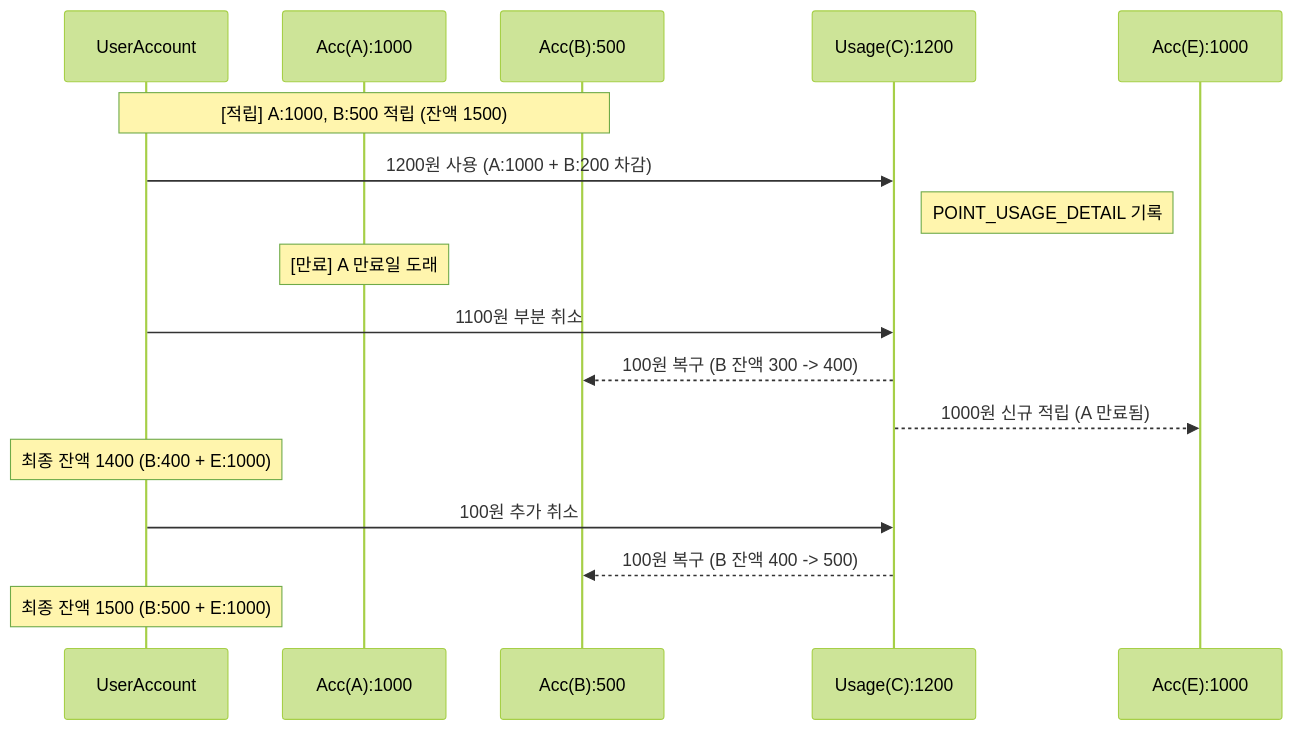
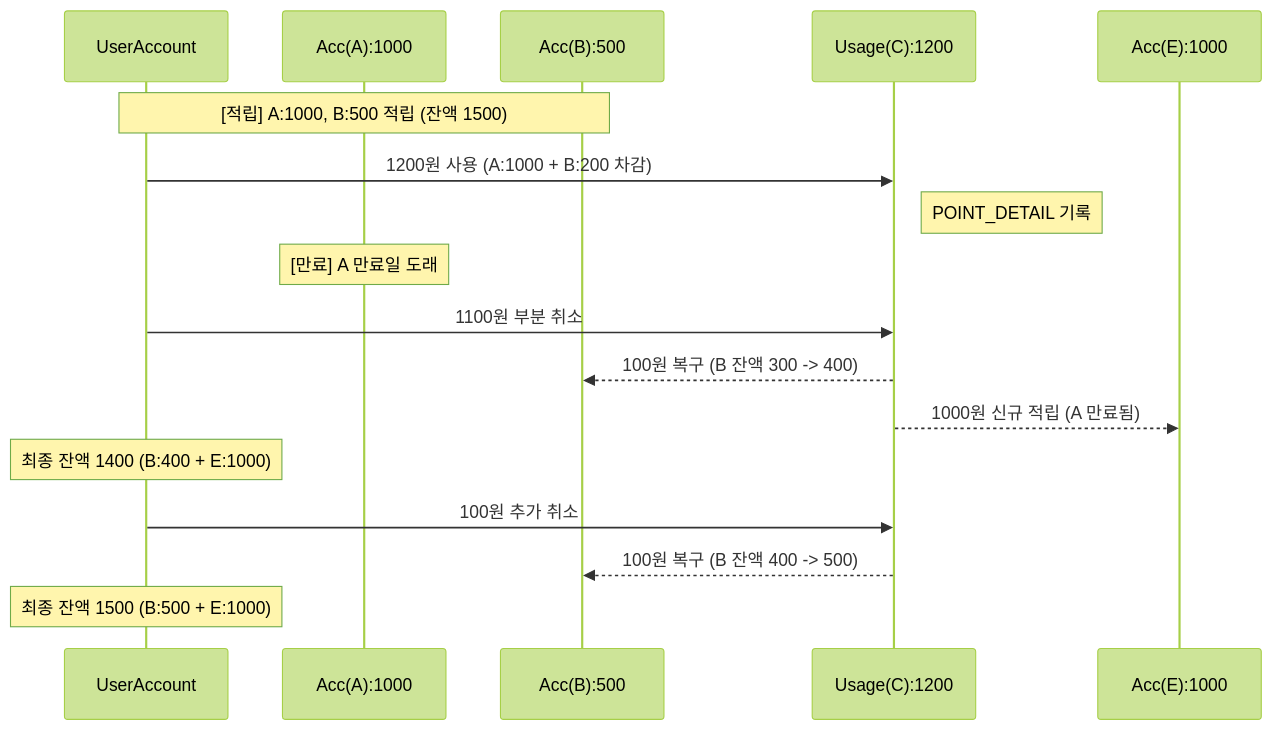
One commit to muzzaiwork/point changed the diagram in docs/시나리오 흐름.md. Above: the diagram before and after it, drawn with Mermaid (forest theme). The commit also changed other lines of this file and 25 other files, not shown here.

````diff
--- a/docs/시나리오 흐름.md
+++ b/docs/시나리오 흐름.md
@@ -106,20 +106,20 @@
 ```mermaid
 sequenceDiagram
     participant U as UserAccount
     participant A as Acc(A):1000
     participant B as Acc(B):500
     participant C as Usage(C):1200
     participant E as Acc(E):1000
 
     Note over U, B: [적립] A:1000, B:500 적립 (잔액 1500)
     U->>C: 1200원 사용 (A:1000 + B:200 차감)
-    Note right of C: POINT_USAGE_DETAIL 기록
+    Note right of C: POINT_DETAIL 기록
     Note over A: [만료] A 만료일 도래
     U->>C: 1100원 부분 취소
     C-->>B: 100원 복구 (B 잔액 300 -> 400)
     C-->>E: 1000원 신규 적립 (A 만료됨)
     Note over U: 최종 잔액 1400 (B:400 + E:1000)
     U->>C: 100원 추가 취소
     C-->>B: 100원 복구 (B 잔액 400 -> 500)
     Note over U: 최종 잔액 1500 (B:500 + E:1000)
 ```
````
